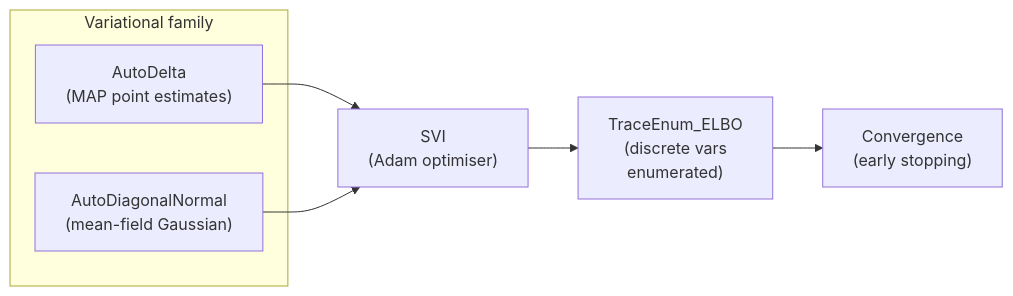
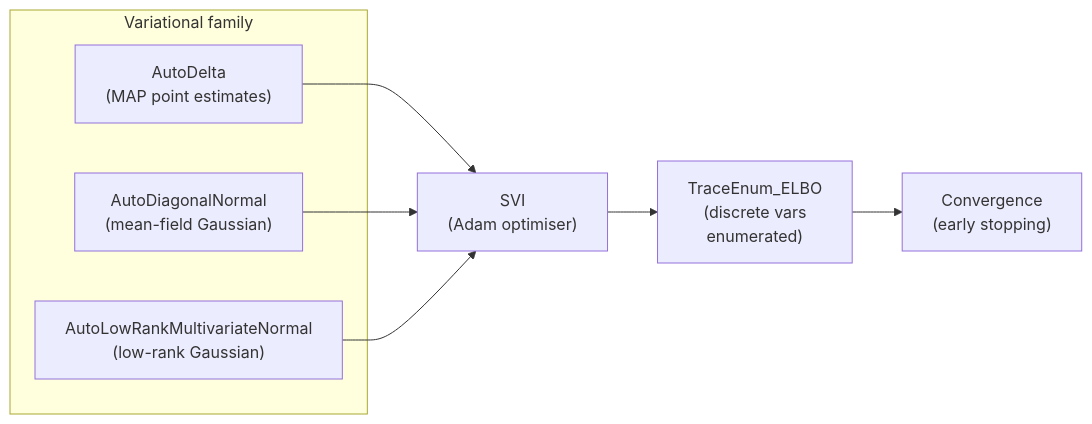
The fourth of 5 diagrams in src/gatk-sv-ploidy/README.md (broadinstitute/gatk-sv), drawn with Mermaid before and after one commit. The commit also changed other lines of this file and 11 other files, not shown here.

````diff
--- a/src/gatk-sv-ploidy/README.md
+++ b/src/gatk-sv-ploidy/README.md
@@ -372,11 +428,13 @@
 ```mermaid
 flowchart LR
     subgraph Variational family
         AD["AutoDelta\n(MAP point estimates)"]
         AN["AutoDiagonalNormal\n(mean-field Gaussian)"]
+        ALR["AutoLowRankMultivariateNormal\n(low-rank Gaussian)"]
     end
     AD --> SVI["SVI\n(Adam optimiser)"]
     AN --> SVI
+    ALR --> SVI
     SVI --> ELBO["TraceEnum_ELBO\n(discrete vars\nenumerated)"]
     ELBO --> CONV["Convergence\n(early stopping)"]
 ```
````
